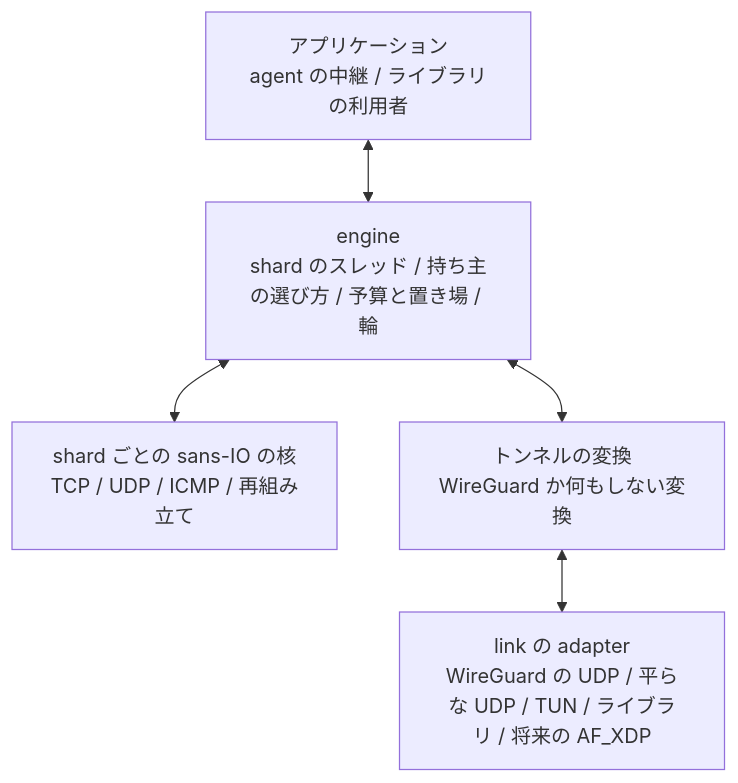
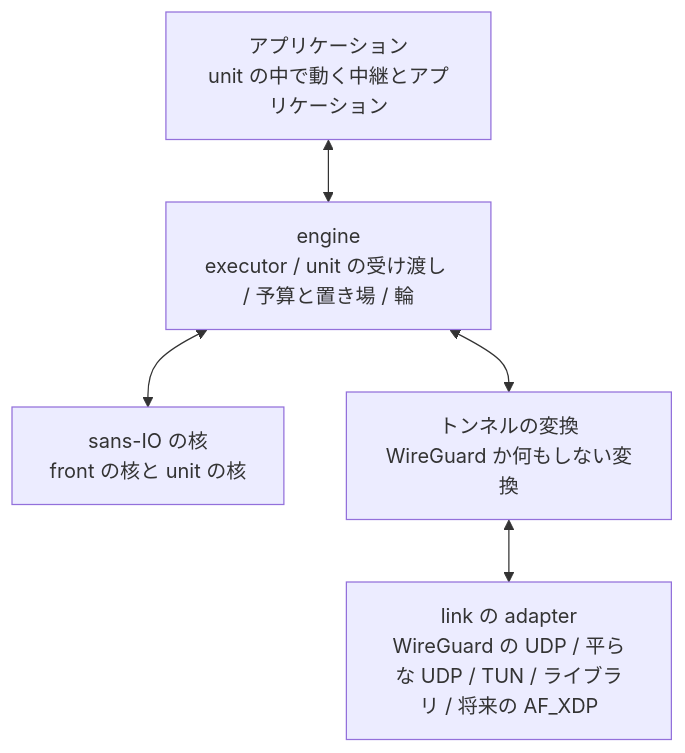
One commit to rahanahu/wgft changed the first of 2 diagrams in docs/design/proposals/parallel-engine/api.md. Above: the diagram before and after it, drawn with Mermaid. The commit also changed other lines of this file and 6 other files, not shown here.

````diff
--- a/docs/design/proposals/parallel-engine/api.md
+++ b/docs/design/proposals/parallel-engine/api.md
@@ -10,12 +10,12 @@
 ```mermaid
 flowchart TB
-  APP[アプリケーション<br/>agent の中継 / ライブラリの利用者]
-  ENG[engine<br/>shard のスレッド / 持ち主の選び方 / 予算と置き場 / 輪]
-  CORE[shard ごとの sans-IO の核<br/>TCP / UDP / ICMP / 再組み立て]
+  APP[アプリケーション<br/>unit の中で動く中継とアプリケーション]
+  ENG[engine<br/>executor / unit の受け渡し / 予算と置き場 / 輪]
+  CORE[sans-IO の核<br/>front の核と unit の核]
   TR[トンネルの変換<br/>WireGuard か何もしない変換]
   LINK[link の adapter<br/>WireGuard の UDP / 平らな UDP / TUN / ライブラリ / 将来の AF_XDP]
   APP <--> ENG
   ENG <--> CORE
   ENG <--> TR
   TR <--> LINK
 ```
````
